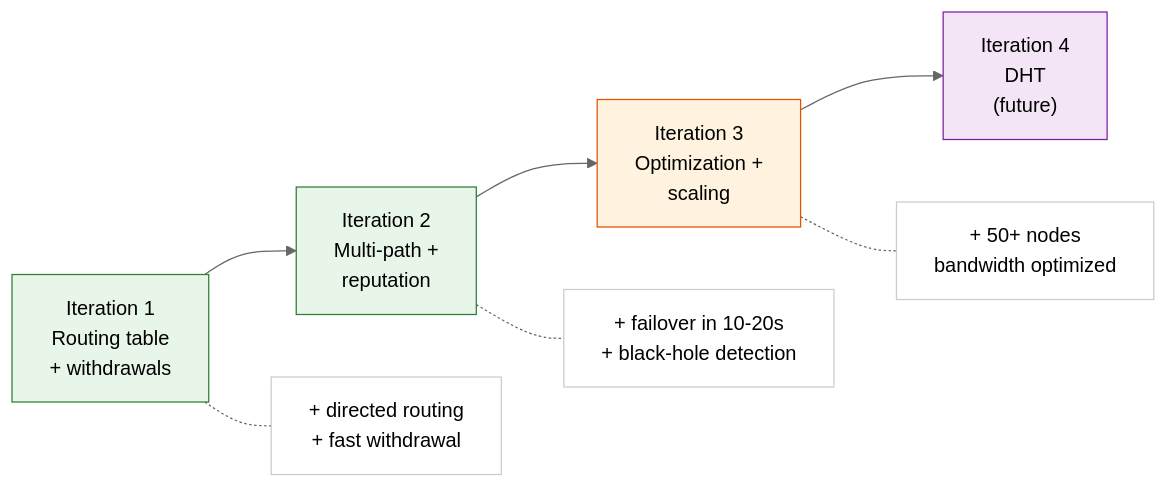
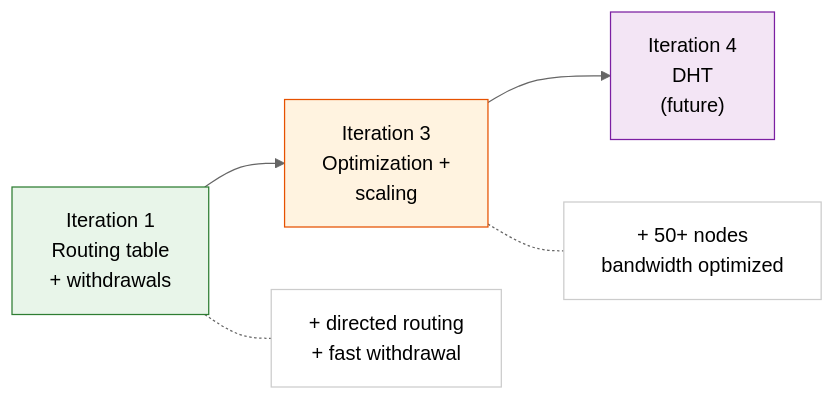
The second of 23 diagrams in docs/roadmap.md (piratecash/corsa), drawn with Mermaid (neutral theme) before and after one commit. The commit also changed other lines of this file and 53 other files, not shown here.

Commit message:
feat(routing): cluster-mesh Phase 3 — multipath failover, reputation and route sync

````diff
--- a/docs/roadmap.md
+++ b/docs/roadmap.md
@@ -774,21 +555,17 @@
 ```mermaid
 graph LR
     I1["Iteration 1<br/>Routing table<br/>+ withdrawals"]
-    I2["Iteration 2<br/>Multi-path +<br/>reputation"]
     I3["Iteration 3<br/>Optimization +<br/>scaling"]
     I4["Iteration 4<br/>DHT<br/>(future)"]
 
-    I1 --> I2 --> I3 --> I4
+    I1 --> I3 --> I4
 
     I1 -.- W1["+ directed routing<br/>+ fast withdrawal"]
-    I2 -.- W2["+ failover in 10-20s<br/>+ black-hole detection"]
     I3 -.- W3["+ 50+ nodes<br/>bandwidth optimized"]
 
     style I1 fill:#e8f5e9,stroke:#2e7d32
-    style I2 fill:#e8f5e9,stroke:#2e7d32
     style I3 fill:#fff3e0,stroke:#e65100
     style I4 fill:#f3e5f5,stroke:#7b1fa2
     style W1 fill:#ffffff,stroke:#ccc
-    style W2 fill:#ffffff,stroke:#ccc
     style W3 fill:#ffffff,stroke:#ccc
 ```
````
